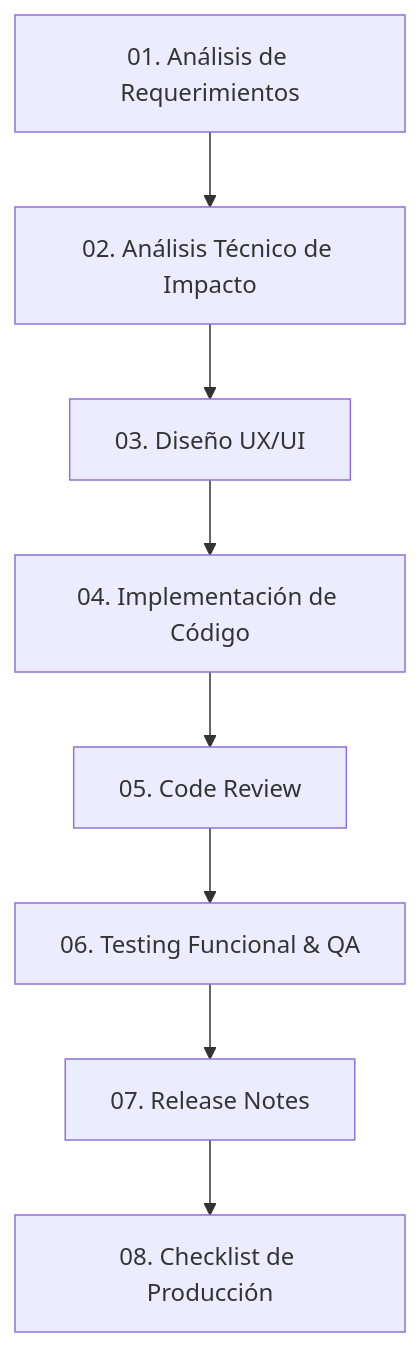
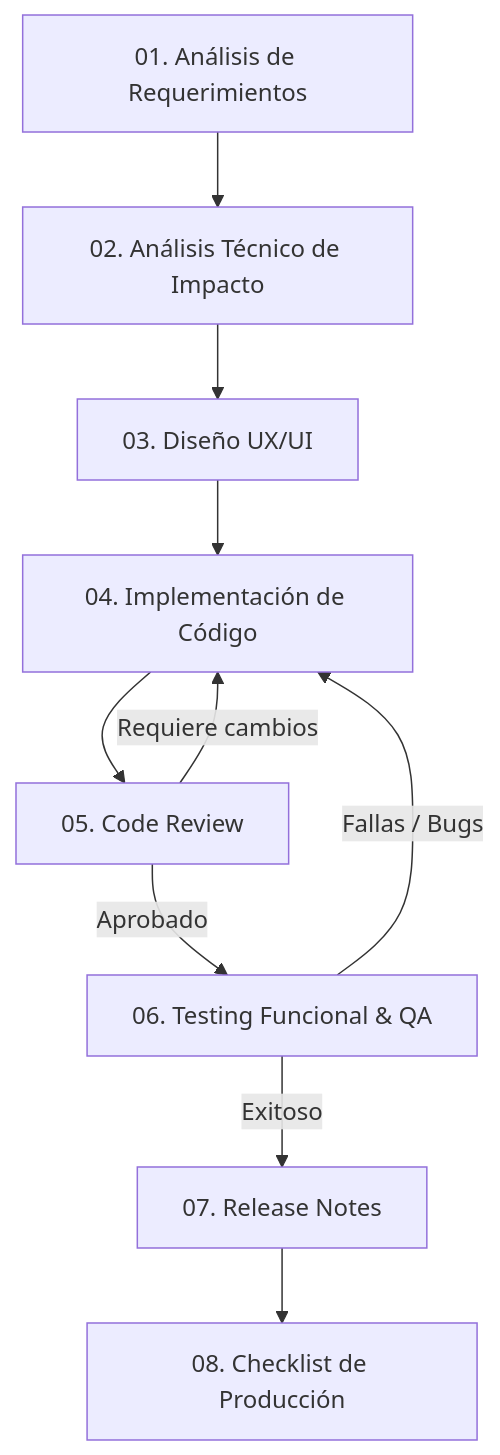
Before and after one commit to jonathanleivag/ai-prompts: the diagram in README.md, drawn with Mermaid. The commit also changed other lines of this file, not shown here.

Commit message:
docs: update workflow mermaid diagram and add feedback loops to code review and QA stages

````diff
--- a/README.md
+++ b/README.md
@@ -13,10 +13,12 @@
 ```mermaid
 graph TD
-    01[01. Análisis de Requerimientos] --> 02[02. Análisis Técnico de Impacto]
-    02 --> 03[03. Diseño UX/UI]
-    03 --> 04[04. Implementación de Código]
-    04 --> 05[05. Code Review]
-    05 --> 06[06. Testing Funcional & QA]
-    06 --> 07[07. Release Notes]
-    07 --> 08[08. Checklist de Producción]
+    01["01. Análisis de Requerimientos"] --> 02["02. Análisis Técnico de Impacto"]
+    02 --> 03["03. Diseño UX/UI"]
+    03 --> 04["04. Implementación de Código"]
+    04 --> 05["05. Code Review"]
+    05 -->|Aprobado| 06["06. Testing Funcional & QA"]
+    05 -->|Requiere cambios| 04
+    06 -->|Exitoso| 07["07. Release Notes"]
+    06 -->|Fallas / Bugs| 04
+    07 --> 08["08. Checklist de Producción"]
 ```
````
